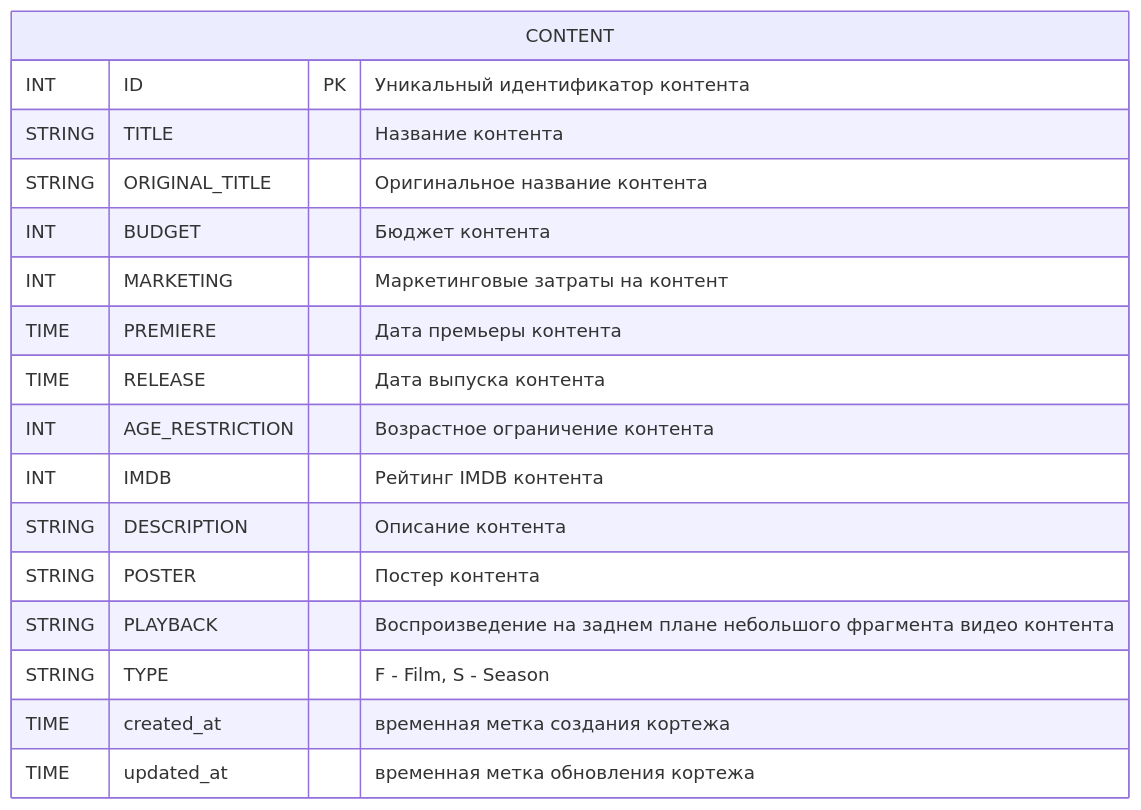
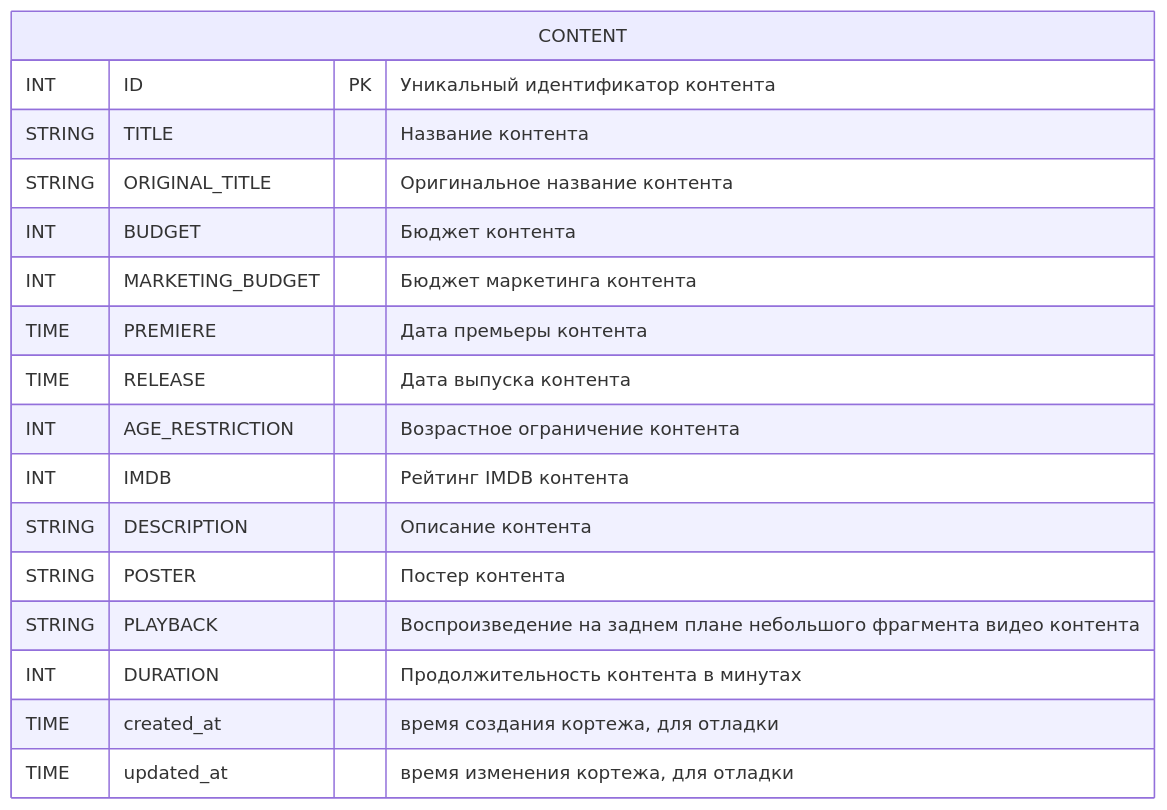
One commit to go-park-mail-ru/2024_1_Cyberkotletki changed the ninth of 25 diagrams in db/normalized/relations.md. Above: the diagram before and after it, drawn with Mermaid. The commit also changed other lines of this file and 2 other files, not shown here.

````diff
--- a/db/normalized/relations.md
+++ b/db/normalized/relations.md
@@ -172,20 +239,20 @@
 ```mermaid
 erDiagram
     CONTENT {
         INT ID PK "Уникальный идентификатор контента"
         STRING TITLE "Название контента"
         STRING ORIGINAL_TITLE "Оригинальное название контента"
         INT BUDGET "Бюджет контента"
-        INT MARKETING "Маркетинговые затраты на контент"
+        INT MARKETING_BUDGET "Бюджет маркетинга контента"
         TIME PREMIERE "Дата премьеры контента"
         TIME RELEASE "Дата выпуска контента"
         INT AGE_RESTRICTION "Возрастное ограничение контента"
         INT IMDB "Рейтинг IMDB контента"
         STRING DESCRIPTION "Описание контента"
         STRING POSTER "Постер контента"
         STRING PLAYBACK "Воспроизведение на заднем плане небольшого фрагмента видео контента"
-        STRING TYPE "F - Film, S - Season"
-        TIME created_at "временная метка создания кортежа"
-        TIME updated_at "временная метка обновления кортежа"
+        INT DURATION "Продолжительность контента в минутах"
+        TIME created_at "время создания кортежа, для отладки"
+        TIME updated_at "время изменения кортежа, для отладки"
     }
 ```
````
